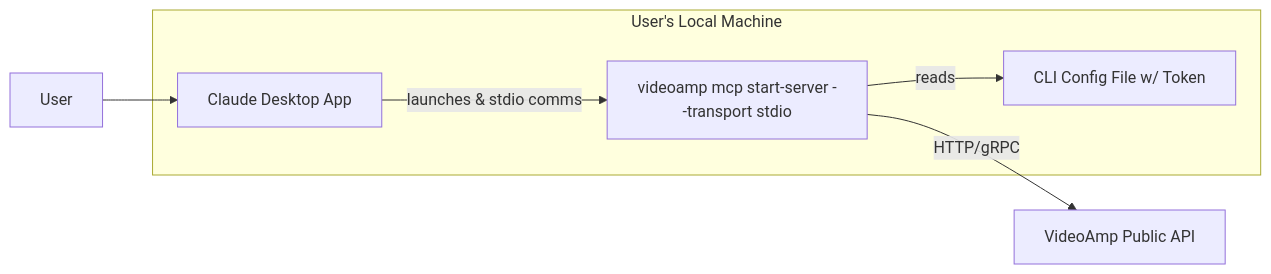
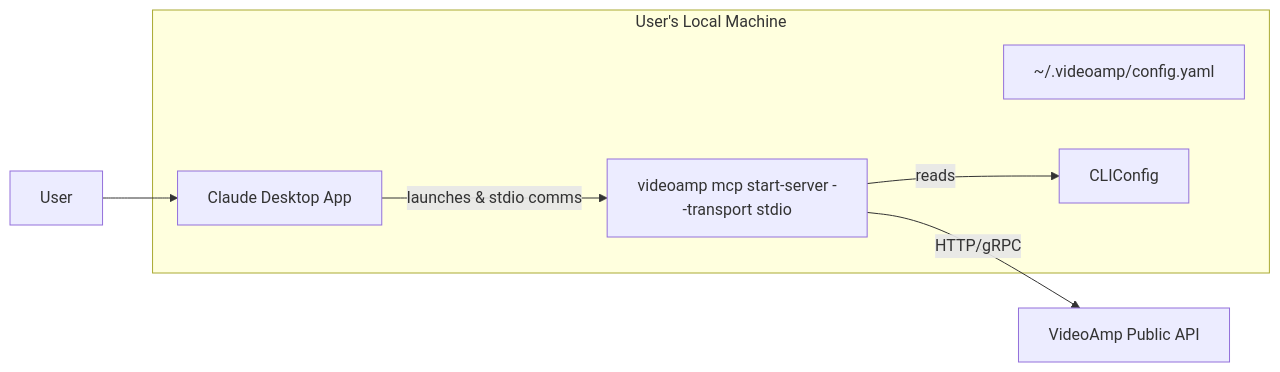
Before and after one commit to VideoAmp/cli: the second of 4 diagrams in README.md, drawn with Mermaid.

````diff
--- a/README.md
+++ b/README.md
@@ -68,14 +68,14 @@
 ```mermaid
 graph LR
     subgraph UserMachine [User's Local Machine]
         ClaudeDesktop[Claude Desktop App]
         MCPServer[videoamp mcp start-server --transport stdio]
-        CLIConfig[CLI Config File w/ Token]
+        ConfigFile[~/.videoamp/config.yaml]
 
         ClaudeDesktop -- launches & stdio comms --> MCPServer
         MCPServer -- reads --> CLIConfig
     end
 
     User --> ClaudeDesktop
     MCPServer -- HTTP/gRPC --> VideoAmpAPI[VideoAmp Public API]
 ```
````
